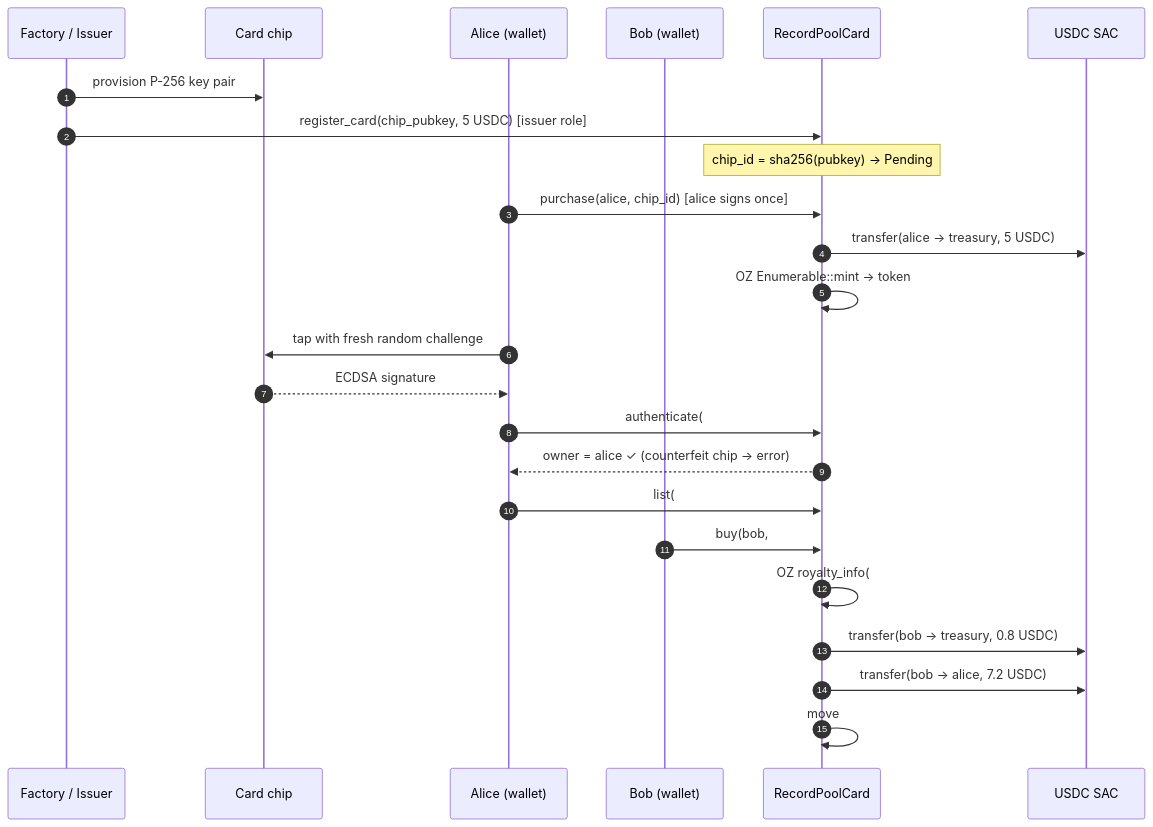
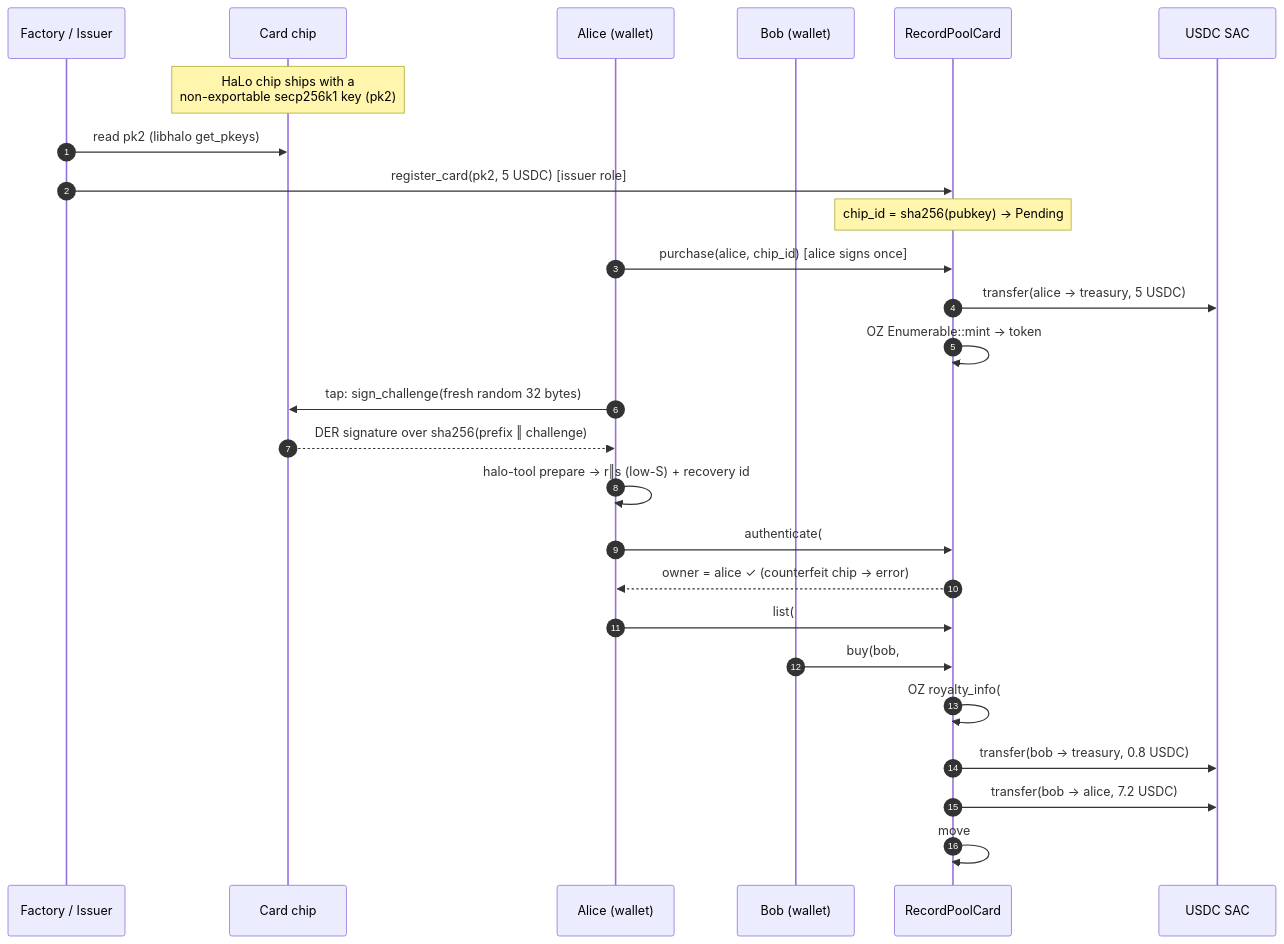
One commit to sabotensf/arx-halo-soroban-demo changed the second of 2 diagrams in README.md. Above: the diagram before and after it, drawn with Mermaid. The commit also changed other lines of this file and 15 other files, not shown here.

First line of the commit message:
Authenticate cards with HaLo NFC chips (secp256k1)

````diff
--- a/README.md
+++ b/README.md
@@ -64,30 +64,32 @@
 ```mermaid
 sequenceDiagram
     autonumber
     participant F as Factory / Issuer
     participant C as Card chip
     participant A as Alice (wallet)
     participant B as Bob (wallet)
     participant K as RecordPoolCard
     participant U as USDC SAC
 
-    F->>C: provision P-256 key pair
-    F->>K: register_card(chip_pubkey, 5 USDC)  [issuer role]
+    Note over C: HaLo chip ships with a<br/>non-exportable secp256k1 key (pk2)
+    F->>C: read pk2 (libhalo get_pkeys)
+    F->>K: register_card(pk2, 5 USDC)  [issuer role]
     Note over K: chip_id = sha256(pubkey) → Pending
 
     A->>K: purchase(alice, chip_id)  [alice signs once]
     K->>U: transfer(alice → treasury, 5 USDC)
     K->>K: OZ Enumerable::mint → token #0, bind chip ↔ token
 
-    A->>C: tap with fresh random challenge
-    C-->>A: ECDSA signature
-    A->>K: authenticate(#0, challenge, sig)  [simulation, free]
+    A->>C: tap: sign_challenge(fresh random 32 bytes)
+    C-->>A: DER signature over sha256(prefix ‖ challenge)
+    A->>A: halo-tool prepare → r‖s (low-S) + recovery id
+    A->>K: authenticate(#0, challenge, sig, recovery_id)  [simulation, free]
     K-->>A: owner = alice ✓  (counterfeit chip → error)
 
     A->>K: list(#0, 8 USDC)
     B->>K: buy(bob, #0)  [bob signs once]
     K->>K: OZ royalty_info(#0, 8) → (treasury, 0.8)
     K->>U: transfer(bob → treasury, 0.8 USDC)
     K->>U: transfer(bob → alice, 7.2 USDC)
     K->>K: move #0 alice → bob, clear listing
 ```
````
